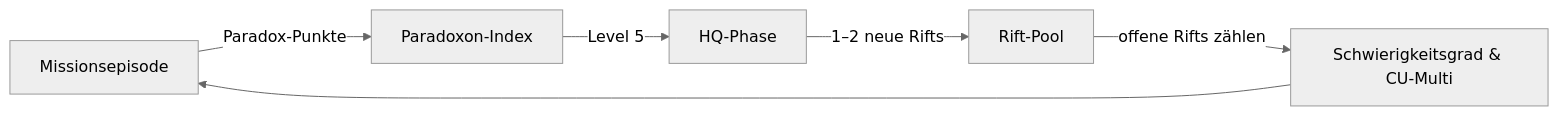
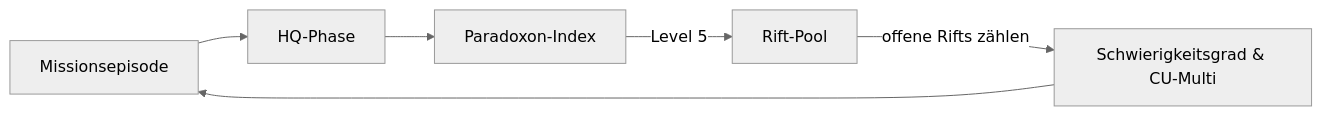
The second of 3 diagrams in gameplay/kampagnenstruktur.md (pchospital-lab/ZEITRISS-md), drawn with Mermaid (neutral theme) before and after one commit. The commit also changed other lines of this file and 4 other files, not shown here.

Commit message:
Clarify mission flow and optional lore

````diff
--- a/gameplay/kampagnenstruktur.md
+++ b/gameplay/kampagnenstruktur.md
@@ -242,8 +247,8 @@
 ```mermaid
 graph LR
-A[Missionsepisode] -->|Paradox-Punkte| B[Paradoxon-Index]
-B -->|Level 5| C[HQ-Phase]
-C -->|1–2 neue Rifts| D[Rift-Pool]
+A[Missionsepisode] --> C[HQ-Phase]
+C --> B[Paradoxon-Index]
+B -->|Level 5| D[Rift-Pool]
 D -->|offene Rifts zählen| E[Schwierigkeitsgrad & CU-Multi]
 E --> A
 ```
````
